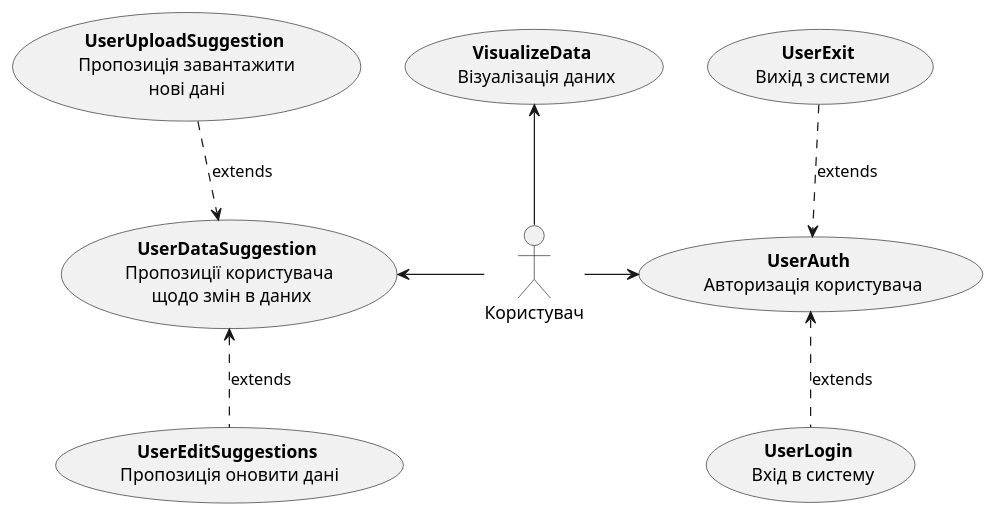
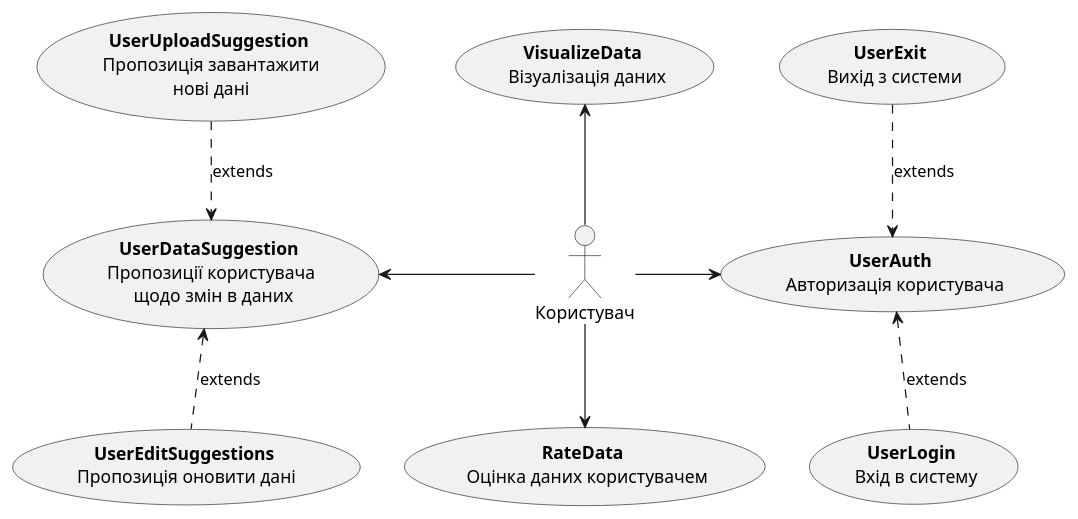
Before and after one commit to dimatortik/db-course-theme2: the diagram in docs/use cases/puml/use-case-03.puml, drawn with PlantUML. The commit also changed 7 other files, not shown here.

```diff
--- a/docs/use cases/puml/use-case-03.puml
+++ b/docs/use cases/puml/use-case-03.puml
@@ -8,22 +8,24 @@
 @startuml
     actor "Користувач" as User
     
     usecase "<b>UserLogin<b> \n Вхід в систему" as UC_1
     usecase "<b>UserExit<b> \n Вихід з системи" as UC_2
     usecase "<b>UserEditSuggestions<b> \n Пропозиція оновити дані " as UC_3
     usecase "<b>UserUploadSuggestion<b> \n Пропозиція завантажити \n нові дані " as UC_4
     usecase "<b>VisualizeData<b> \n Візуалізація даних" as UC_5
     usecase "<b>UserAuth<b> \n Авторизація користувача" as UC_6
     usecase "<b>UserDataSuggestion<b> \n Пропозиції користувача \n щодо змін в даних" as UC_7
+    usecase "<b>RateData<b> \n Оцінка даних користувачем" as UC_8
 
     UC_1 .u.> UC_6:extends
     UC_2 .d.> UC_6:extends
     
     UC_3 .u.> UC_7:extends
     UC_4 .d.> UC_7:extends
     
+    User -d-> UC_8
     User -l-> UC_7
     User -r-> UC_6
     User -u-> UC_5
 
 @enduml
```
